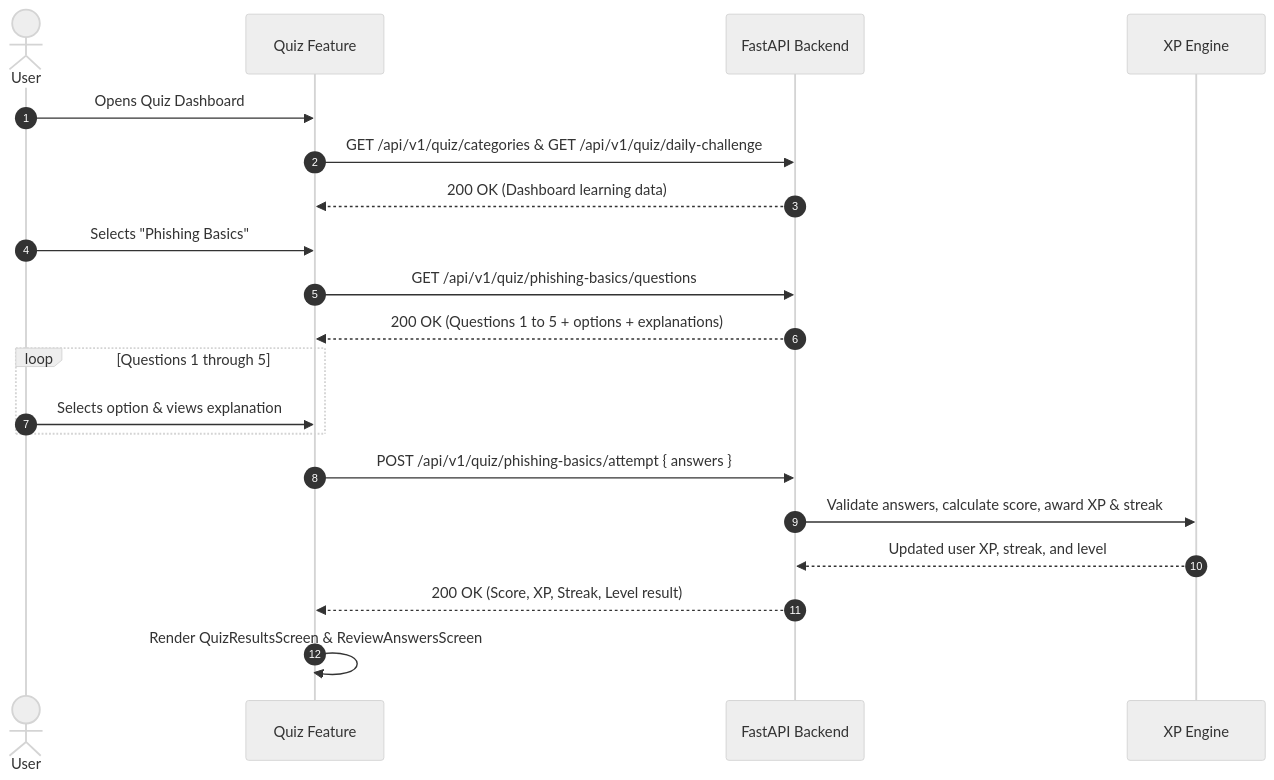
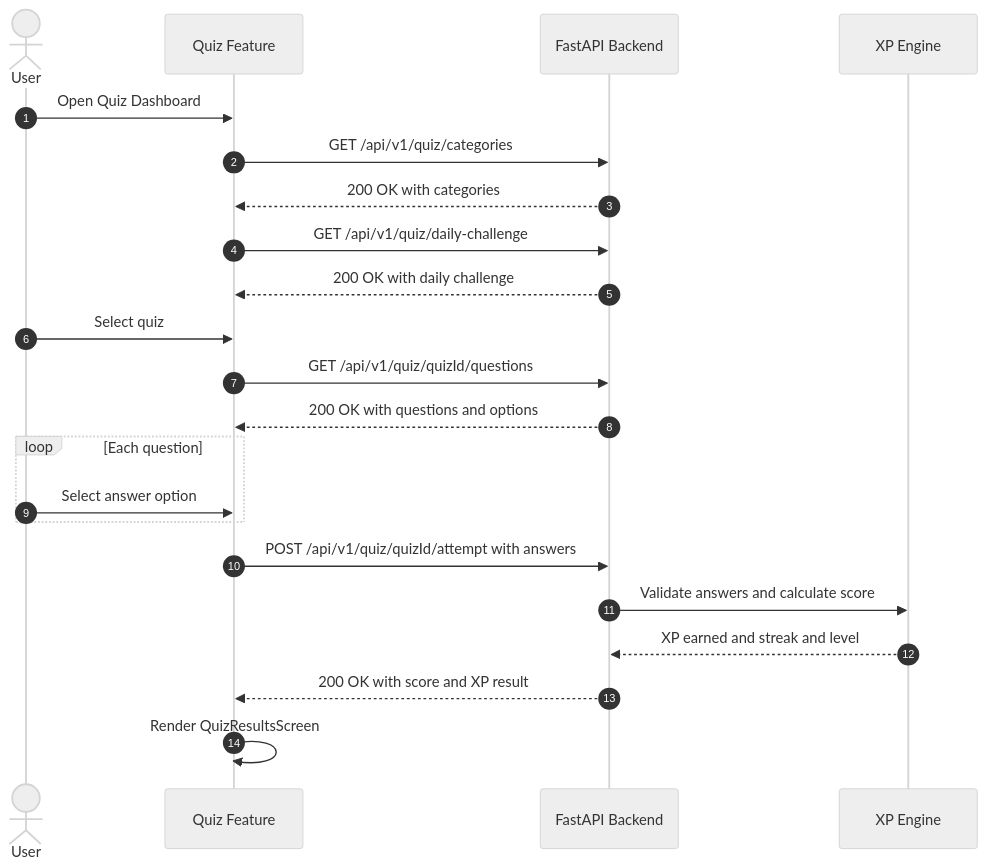
One commit to ArsalanTheCoder/Insightify changed the fourth of 4 diagrams in docs/BACKEND-API-SPEC.md. Above: the diagram before and after it, drawn with Mermaid (neutral theme). The commit also changed other lines of this file, not shown here.

````diff
--- a/docs/BACKEND-API-SPEC.md
+++ b/docs/BACKEND-API-SPEC.md
@@ -1463,23 +1471,25 @@
 ```mermaid
 sequenceDiagram
     autonumber
     actor User
     participant App as Quiz Feature
     participant API as FastAPI Backend
     participant Gamify as XP Engine
 
-    User->>App: Opens Quiz Dashboard
-    App->>API: GET /api/v1/quiz/categories & GET /api/v1/quiz/daily-challenge
-    API-->>App: 200 OK (Dashboard learning data)
-    User->>App: Selects "Phishing Basics"
-    App->>API: GET /api/v1/quiz/phishing-basics/questions
-    API-->>App: 200 OK (Questions 1 to 5 + options + explanations)
-    loop Questions 1 through 5
-        User->>App: Selects option & views explanation
+    User->>App: Open Quiz Dashboard
+    App->>API: GET /api/v1/quiz/categories
+    API-->>App: 200 OK with categories
+    App->>API: GET /api/v1/quiz/daily-challenge
+    API-->>App: 200 OK with daily challenge
+    User->>App: Select quiz
+    App->>API: GET /api/v1/quiz/quizId/questions
+    API-->>App: 200 OK with questions and options
+    loop Each question
+        User->>App: Select answer option
     end
-    App->>API: POST /api/v1/quiz/phishing-basics/attempt { answers }
-    API->>Gamify: Validate answers, calculate score, award XP & streak
-    Gamify-->>API: Updated user XP, streak, and level
-    API-->>App: 200 OK (Score, XP, Streak, Level result)
-    App->>App: Render QuizResultsScreen & ReviewAnswersScreen
+    App->>API: POST /api/v1/quiz/quizId/attempt with answers
+    API->>Gamify: Validate answers and calculate score
+    Gamify-->>API: XP earned and streak and level
+    API-->>App: 200 OK with score and XP result
+    App->>App: Render QuizResultsScreen
 ```
````
